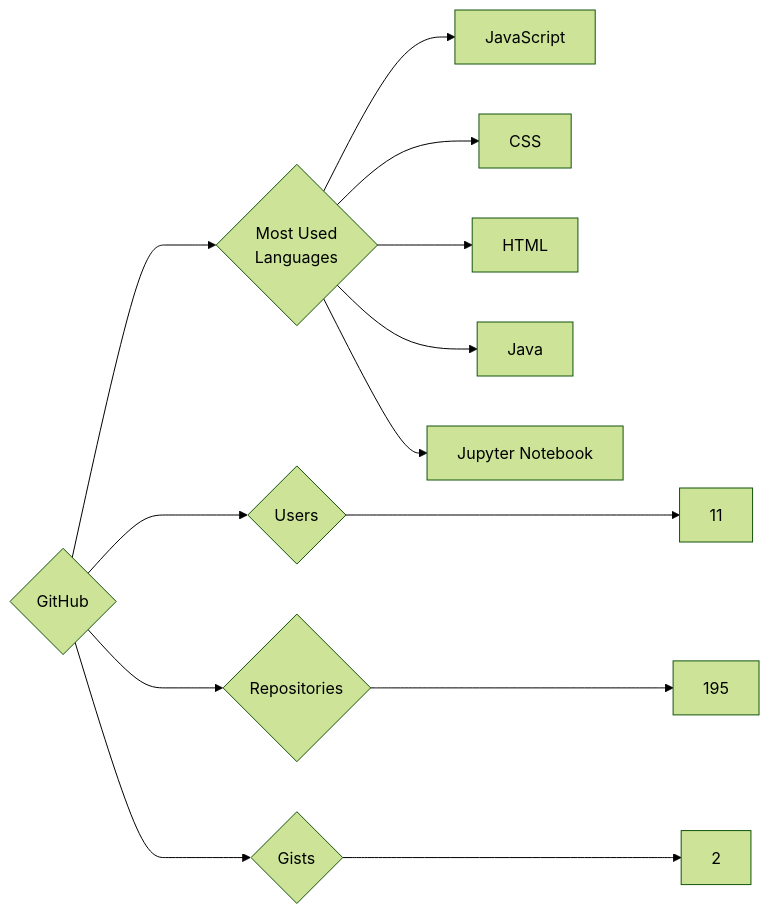
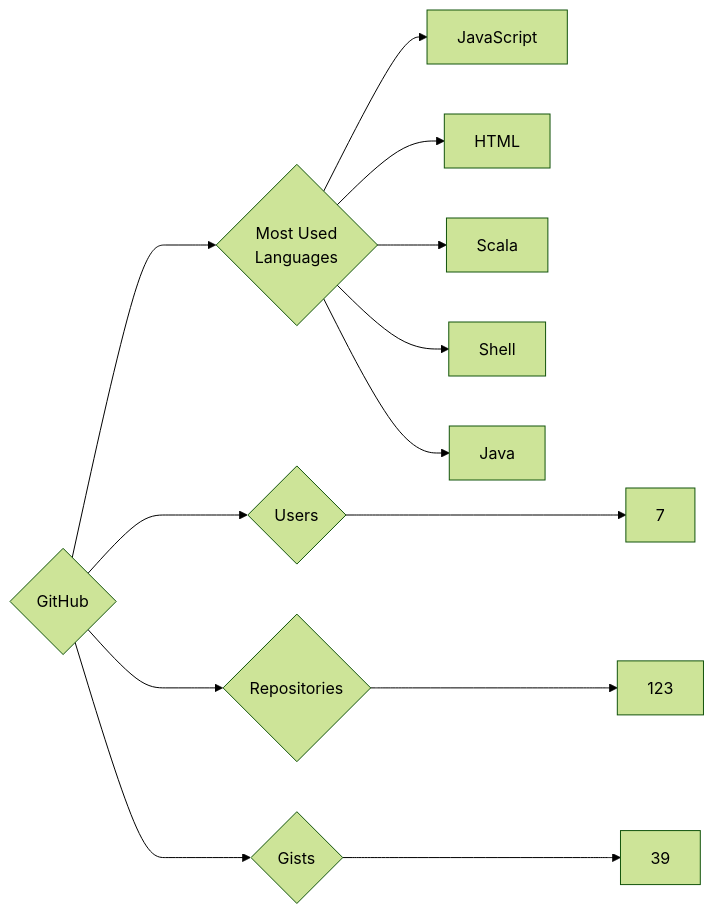
One commit to trickest/insiders changed the diagram in targets/GitHub/README.md. Above: the diagram before and after it, drawn with Mermaid (forest theme). The commit also changed 1170 other files, not shown here.

````diff
--- a/targets/GitHub/README.md
+++ b/targets/GitHub/README.md
@@ -3,13 +3,13 @@
 ```mermaid
 graph LR
 COMPANY_NAME{GitHub}
-COMPANY_NAME ---> U{Users} ---> UN[11]
-COMPANY_NAME ---> R{Repositories} ---> RN[195]
-COMPANY_NAME ---> G{Gists} ---> GN[2]
+COMPANY_NAME ---> U{Users} ---> UN[7]
+COMPANY_NAME ---> R{Repositories} ---> RN[123]
+COMPANY_NAME ---> G{Gists} ---> GN[39]
 COMPANY_NAME ---> ML{Most Used<br>Languages}
 ML --> JavaScript[JavaScript]
-ML --> CSS[CSS]
 ML --> HTML[HTML]
+ML --> Scala[Scala]
+ML --> Shell[Shell]
 ML --> Java[Java]
-ML --> Jupyter_Notebook[Jupyter Notebook]
 ```
````
